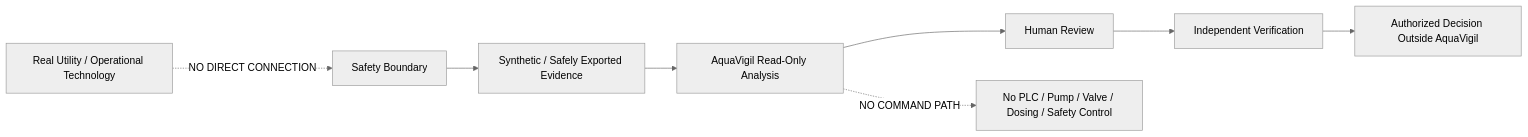
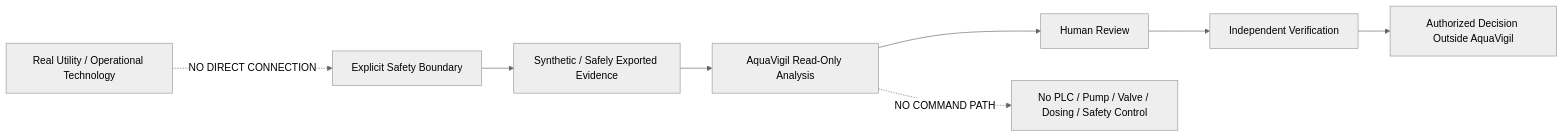
The eighth of 8 diagrams in README.md (HaziqBinAfzal/AquaVigil), drawn with Mermaid (neutral theme) before and after one commit. The commit also changed other lines of this file, not shown here.

````diff
--- a/README.md
+++ b/README.md
@@ -395,13 +514,21 @@
 ```mermaid
 flowchart LR
-    A["Real Utility / Operational Technology"] -. "NO DIRECT CONNECTION" .-> B["Safety Boundary"]
+    OT["Real Utility / Operational Technology"]
+    BOUNDARY["Explicit Safety Boundary"]
+    EVIDENCE["Synthetic / Safely Exported Evidence"]
+    AQUA["AquaVigil Read-Only Analysis"]
+    HUMAN["Human Review"]
+    VERIFY["Independent Verification"]
+    DECISION["Authorized Decision Outside AquaVigil"]
+    BLOCK["No PLC / Pump / Valve / Dosing / Safety Control"]
 
-    B --> C["Synthetic / Safely Exported Evidence"]
-    C --> D["AquaVigil Read-Only Analysis"]
+    OT -. "NO DIRECT CONNECTION" .-> BOUNDARY
+    BOUNDARY --> EVIDENCE
+    EVIDENCE --> AQUA
 
-    D --> E["Human Review"]
-    E --> F["Independent Verification"]
-    F --> G["Authorized Decision Outside AquaVigil"]
+    AQUA --> HUMAN
+    HUMAN --> VERIFY
+    VERIFY --> DECISION
 
-    D -. "NO COMMAND PATH" .-> H["No PLC / Pump / Valve / Dosing / Safety Control"]
+    AQUA -. "NO COMMAND PATH" .-> BLOCK
 ```
````
